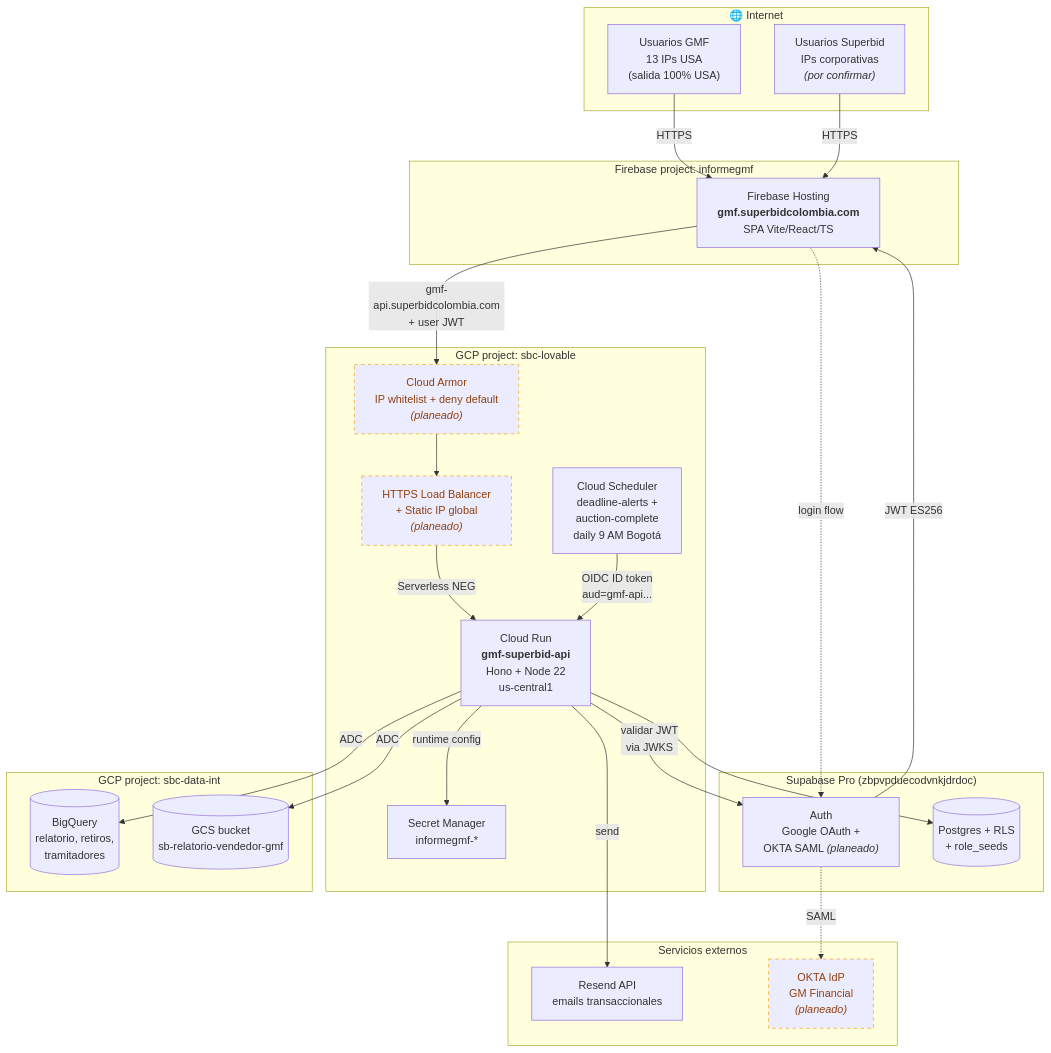
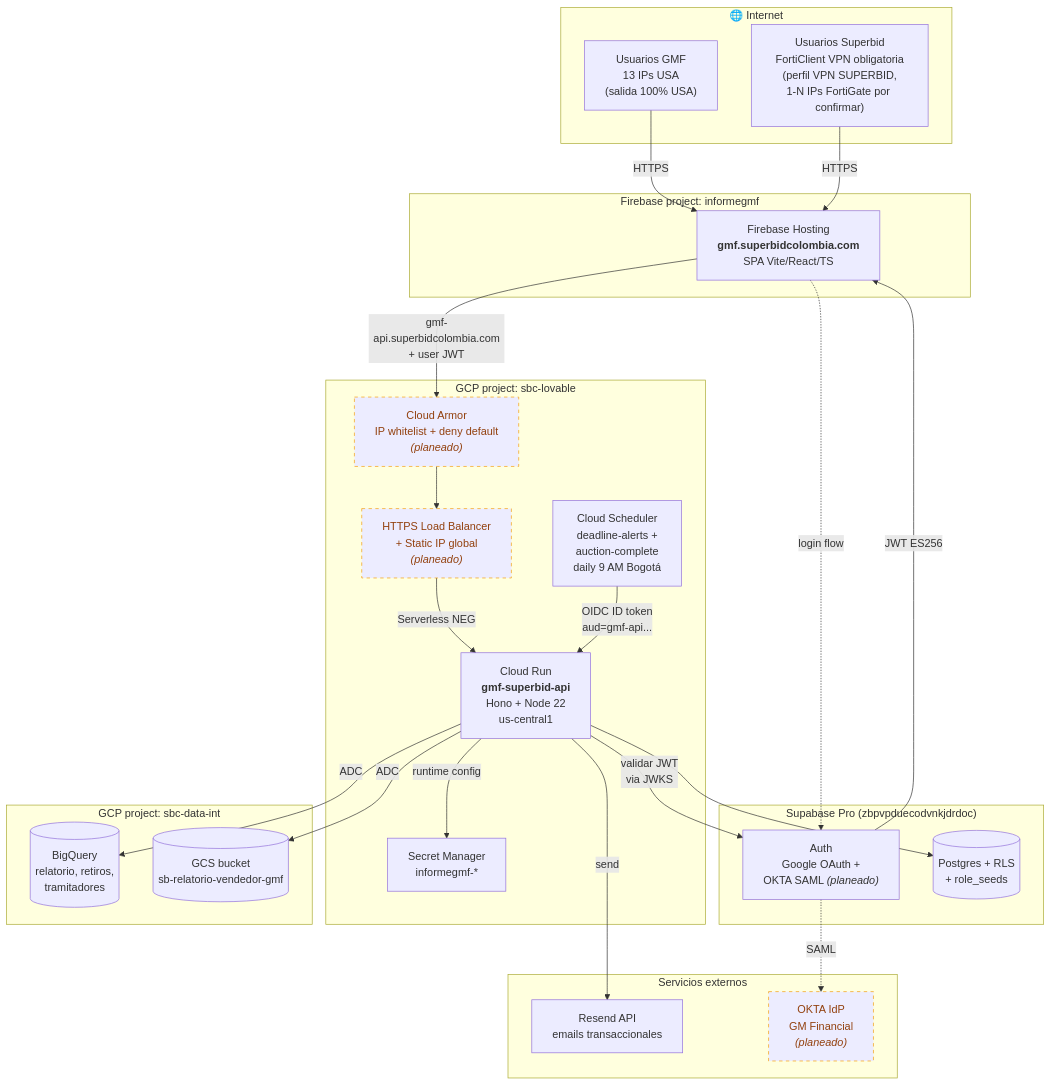
The first of 4 diagrams in docs/arquitectura.md (sb-dataops/informegmf), drawn with Mermaid before and after one commit. The commit also changed other lines of this file and 6 other files, not shown here.

First line of the commit message:
docs: borrador respuesta Edwin + mensaje IT con FortiClient VPN obligatoria

````diff
--- a/docs/arquitectura.md
+++ b/docs/arquitectura.md
@@ -11,56 +11,56 @@
 ```mermaid
 flowchart TB
     subgraph internet["🌐 Internet"]
         userGMF["Usuarios GMF<br/>13 IPs USA<br/>(salida 100% USA)"]
-        userSB["Usuarios Superbid<br/>IPs corporativas<br/><i>(por confirmar)</i>"]
+        userSB["Usuarios Superbid<br/>FortiClient VPN obligatoria<br/>(perfil VPN SUPERBID,<br/>1-N IPs FortiGate por confirmar)"]
     end
 
     subgraph fb["Firebase project: informegmf"]
         fh["Firebase Hosting<br/><b>gmf.superbidcolombia.com</b><br/>SPA Vite/React/TS"]
     end
 
     subgraph gcp_lov["GCP project: sbc-lovable"]
         ca["Cloud Armor<br/>IP whitelist + deny default<br/><i>(planeado)</i>"]
         lb["HTTPS Load Balancer<br/>+ Static IP global<br/><i>(planeado)</i>"]
         cr["Cloud Run<br/><b>gmf-superbid-api</b><br/>Hono + Node 22<br/>us-central1"]
         sm["Secret Manager<br/>informegmf-*"]
         sched["Cloud Scheduler<br/>deadline-alerts +<br/>auction-complete<br/>daily 9 AM Bogotá"]
     end
 
     subgraph supa["Supabase Pro (zbpvpduecodvnkjdrdoc)"]
         sauth["Auth<br/>Google OAuth +<br/>OKTA SAML <i>(planeado)</i>"]
         sdb[("Postgres + RLS<br/>+ role_seeds")]
     end
 
     subgraph gcp_data["GCP project: sbc-data-int"]
         bq[("BigQuery<br/>relatorio, retiros,<br/>tramitadores")]
         gcs[("GCS bucket<br/>sb-relatorio-vendedor-gmf")]
     end
 
     subgraph external["Servicios externos"]
         resend["Resend API<br/>emails transaccionales"]
         okta["OKTA IdP<br/>GM Financial<br/><i>(planeado)</i>"]
     end
 
     userGMF -->|HTTPS| fh
     userSB -->|HTTPS| fh
     fh -->|"gmf-api.superbidcolombia.com<br/>+ user JWT"| ca
     ca --> lb
     lb -->|Serverless NEG| cr
 
     fh -.->|login flow| sauth
     sauth -.->|SAML| okta
     sauth -->|JWT ES256| fh
 
     cr -->|validar JWT<br/>via JWKS| sauth
     cr --> sdb
     cr -->|ADC| bq
     cr -->|ADC| gcs
     cr -->|runtime config| sm
     cr -->|send| resend
 
     sched -->|OIDC ID token<br/>aud=gmf-api...| cr
 
     classDef planned stroke-dasharray:5 5,stroke:#f59e0b,color:#92400e
     class ca,lb,okta planned
 ```
````
